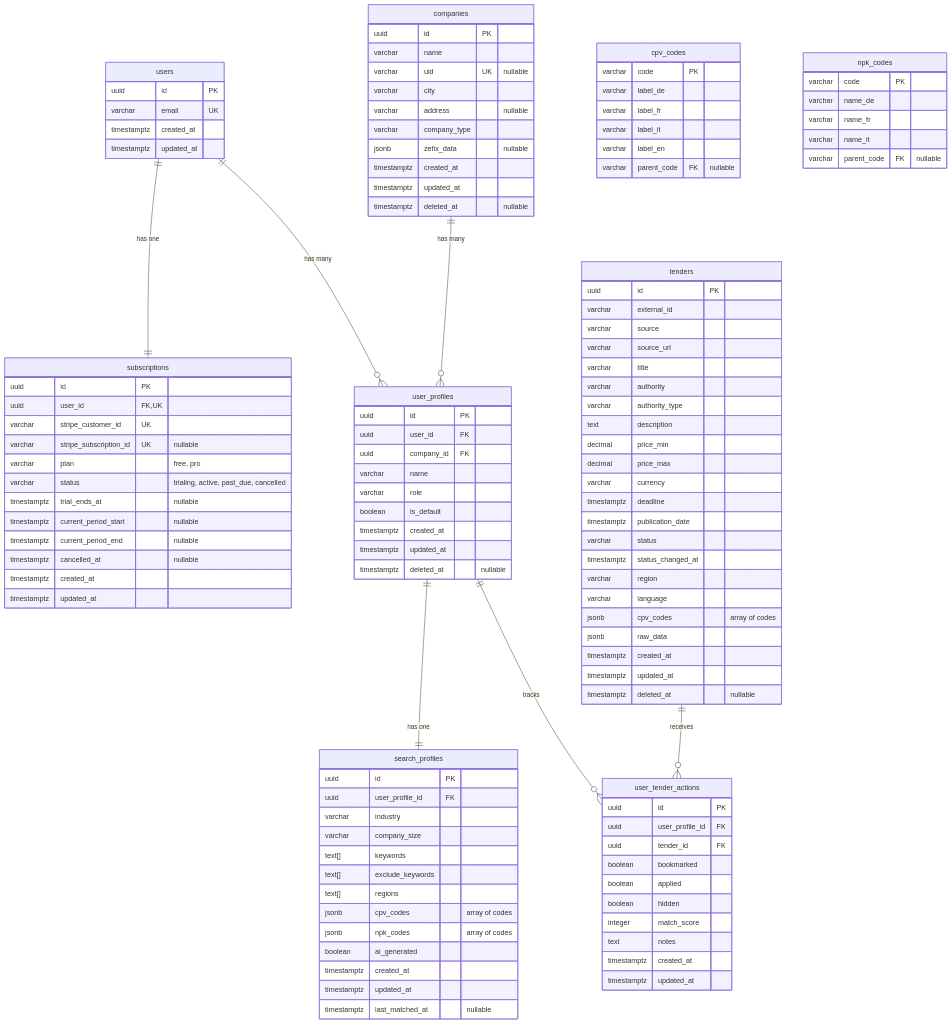
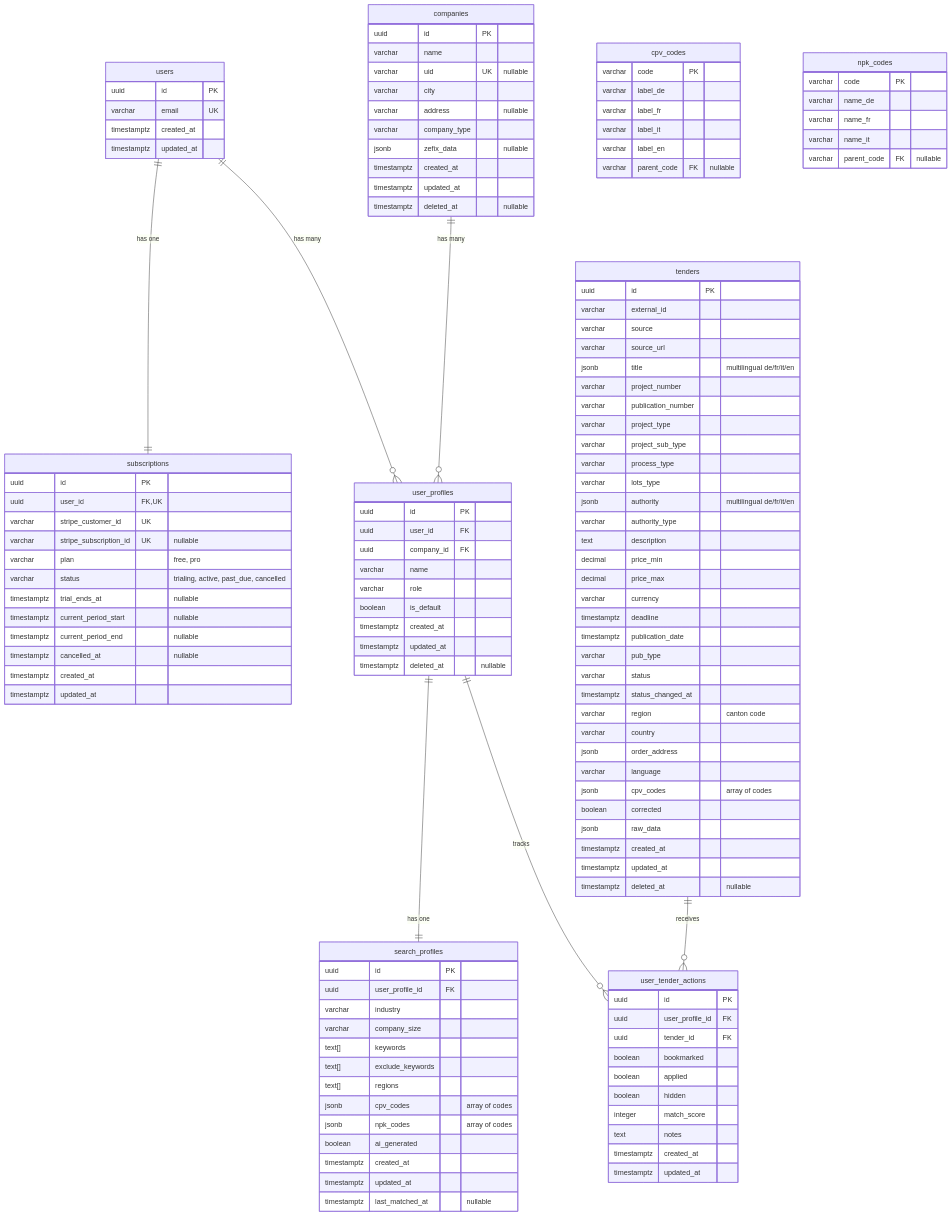
One commit to davras5/tender-scout changed the second of 5 diagrams in documentation/DATABASE.md. Above: the diagram before and after it, drawn with Mermaid. The commit also changed other lines of this file, not shown here.

```diff
--- a/documentation/DATABASE.md
+++ b/documentation/DATABASE.md
@@ -146,8 +146,14 @@
         varchar external_id
         varchar source
         varchar source_url
-        varchar title
-        varchar authority
+        jsonb title "multilingual de/fr/it/en"
+        varchar project_number
+        varchar publication_number
+        varchar project_type
+        varchar project_sub_type
+        varchar process_type
+        varchar lots_type
+        jsonb authority "multilingual de/fr/it/en"
         varchar authority_type
         text description
         decimal price_min
@@ -155,11 +161,15 @@
         varchar currency
         timestamptz deadline
         timestamptz publication_date
+        varchar pub_type
         varchar status
         timestamptz status_changed_at
-        varchar region
+        varchar region "canton code"
+        varchar country
+        jsonb order_address
         varchar language
         jsonb cpv_codes "array of codes"
+        boolean corrected
         jsonb raw_data
         timestamptz created_at
         timestamptz updated_at
```
